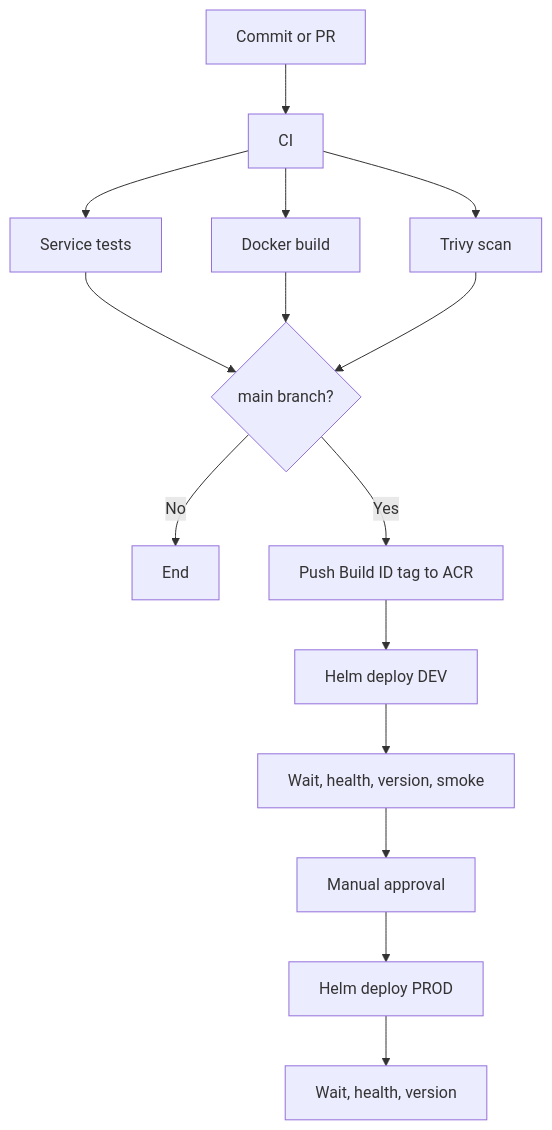
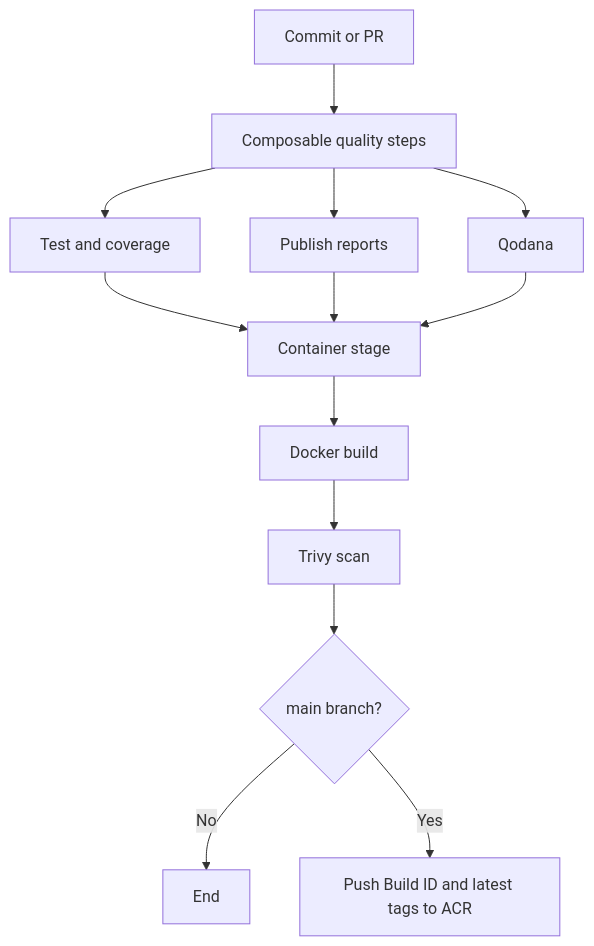
The diagram in pipelines/README.md (Azure-DevOps-E2E/config-management), drawn with Mermaid before and after one commit. The commit also changed other lines of this file and 25 other files, not shown here.

Commit message:
feat(pipelines): add composable service templates

````diff
--- a/pipelines/README.md
+++ b/pipelines/README.md
@@ -31,17 +30,15 @@
 ```mermaid
 flowchart TD
-    A[Commit or PR] --> CI[CI]
-    CI --> T[Service tests]
-    CI --> B[Docker build]
-    CI --> S[Trivy scan]
-    T --> M{main branch?}
-    B --> M
-    S --> M
+    A[Commit or PR] --> Q[Composable quality steps]
+    Q --> T[Test and coverage]
+    Q --> R[Publish reports]
+    Q --> D[Qodana]
+    T --> C[Container stage]
+    R --> C
+    D --> C
+    C --> B[Docker build]
+    B --> S[Trivy scan]
+    S --> M{main branch?}
     M -->|No| E[End]
-    M -->|Yes| P[Push Build ID tag to ACR]
-    P --> DD[Helm deploy DEV]
-    DD --> VD[Wait, health, version, smoke]
-    VD --> AP[Manual approval]
-    AP --> DP[Helm deploy PROD]
-    DP --> VP[Wait, health, version]
+    M -->|Yes| P[Push Build ID and latest tags to ACR]
 ```
````
